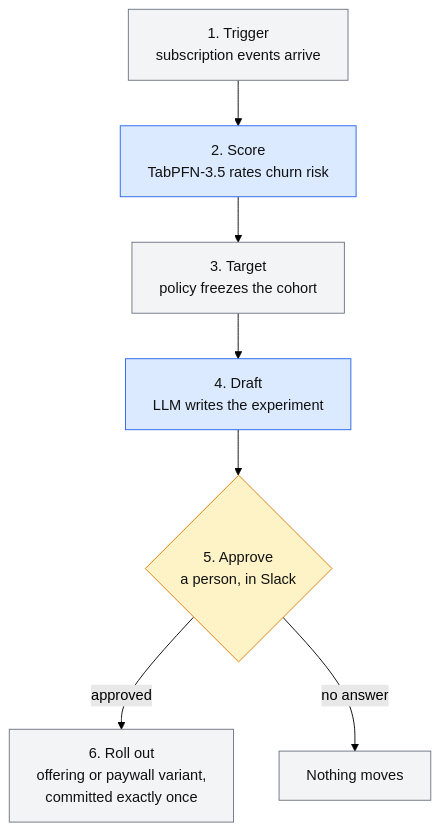
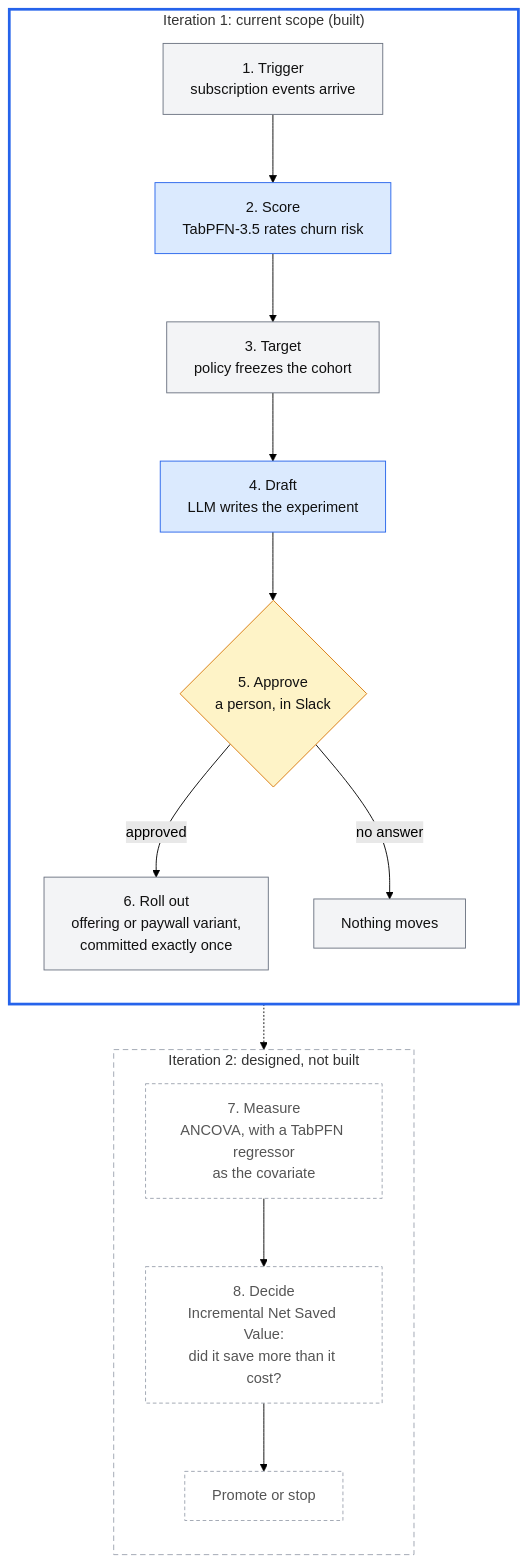
Before and after one commit to mzdwedar/RevAgent: the first of 2 diagrams in README.md, drawn with Mermaid (forest theme). The commit also changed other lines of this file, not shown here.

Commit message:
README: box iteration 1 as the current scope and show iteration 2

````diff
--- a/README.md
+++ b/README.md
@@ -34,19 +34,34 @@
 ```mermaid
 flowchart TD
-  A["1. Trigger<br/>subscription events arrive"]
-  B["2. Score<br/>TabPFN-3.5 rates churn risk"]
-  C["3. Target<br/>policy freezes the cohort"]
-  D["4. Draft<br/>LLM writes the experiment"]
-  E{"5. Approve<br/>a person, in Slack"}
-  F["6. Roll out<br/>offering or paywall variant,<br/>committed exactly once"]
-  G["Nothing moves"]
-  A --> B --> C --> D --> E
-  E -->|approved| F
-  E -->|no answer| G
+  subgraph IT1["Iteration 1: current scope (built)"]
+    direction TB
+    A["1. Trigger<br/>subscription events arrive"]
+    B["2. Score<br/>TabPFN-3.5 rates churn risk"]
+    C["3. Target<br/>policy freezes the cohort"]
+    D["4. Draft<br/>LLM writes the experiment"]
+    E{"5. Approve<br/>a person, in Slack"}
+    F["6. Roll out<br/>offering or paywall variant,<br/>committed exactly once"]
+    G["Nothing moves"]
+    A --> B --> C --> D --> E
+    E -->|approved| F
+    E -->|no answer| G
+  end
+  subgraph IT2["Iteration 2: designed, not built"]
+    direction TB
+    H["7. Measure<br/>ANCOVA, with a TabPFN regressor<br/>as the covariate"]
+    I["8. Decide<br/>Incremental Net Saved Value:<br/>did it save more than it cost?"]
+    J["Promote or stop"]
+    H --> I --> J
+  end
+  F -.-> H
   classDef model fill:#dbeafe,stroke:#2563eb,color:#111
   classDef human fill:#fef3c7,stroke:#d97706,color:#111
   classDef code fill:#f3f4f6,stroke:#6b7280,color:#111
+  classDef later fill:#fff,stroke:#9ca3af,stroke-dasharray:4 3,color:#555
   class B,D model
   class E human
   class A,C,F,G code
+  class H,I,J later
+  style IT1 fill:none,stroke:#2563eb,stroke-width:3px
+  style IT2 fill:none,stroke:#9ca3af,stroke-dasharray:6 4
 ```
````
